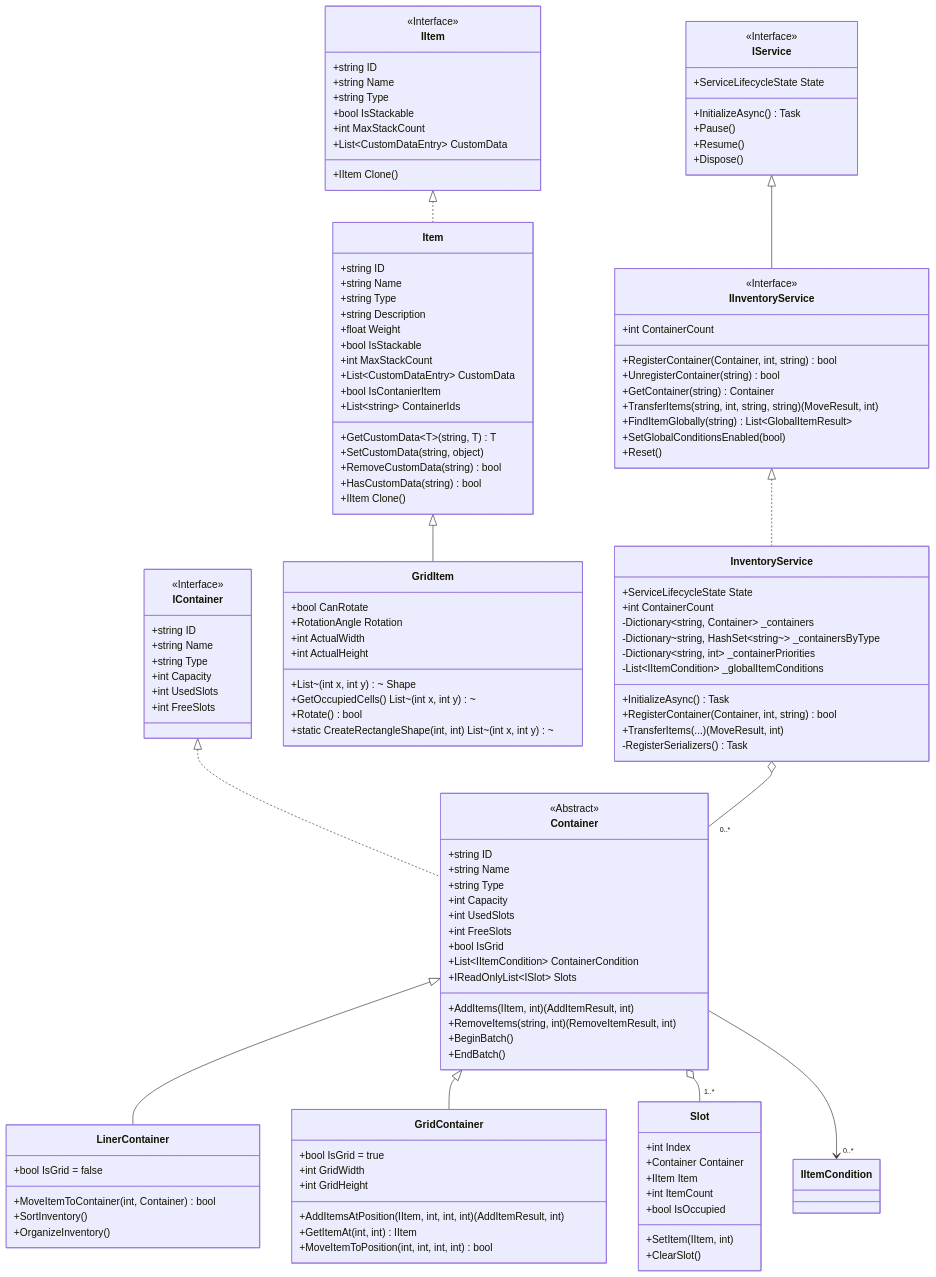
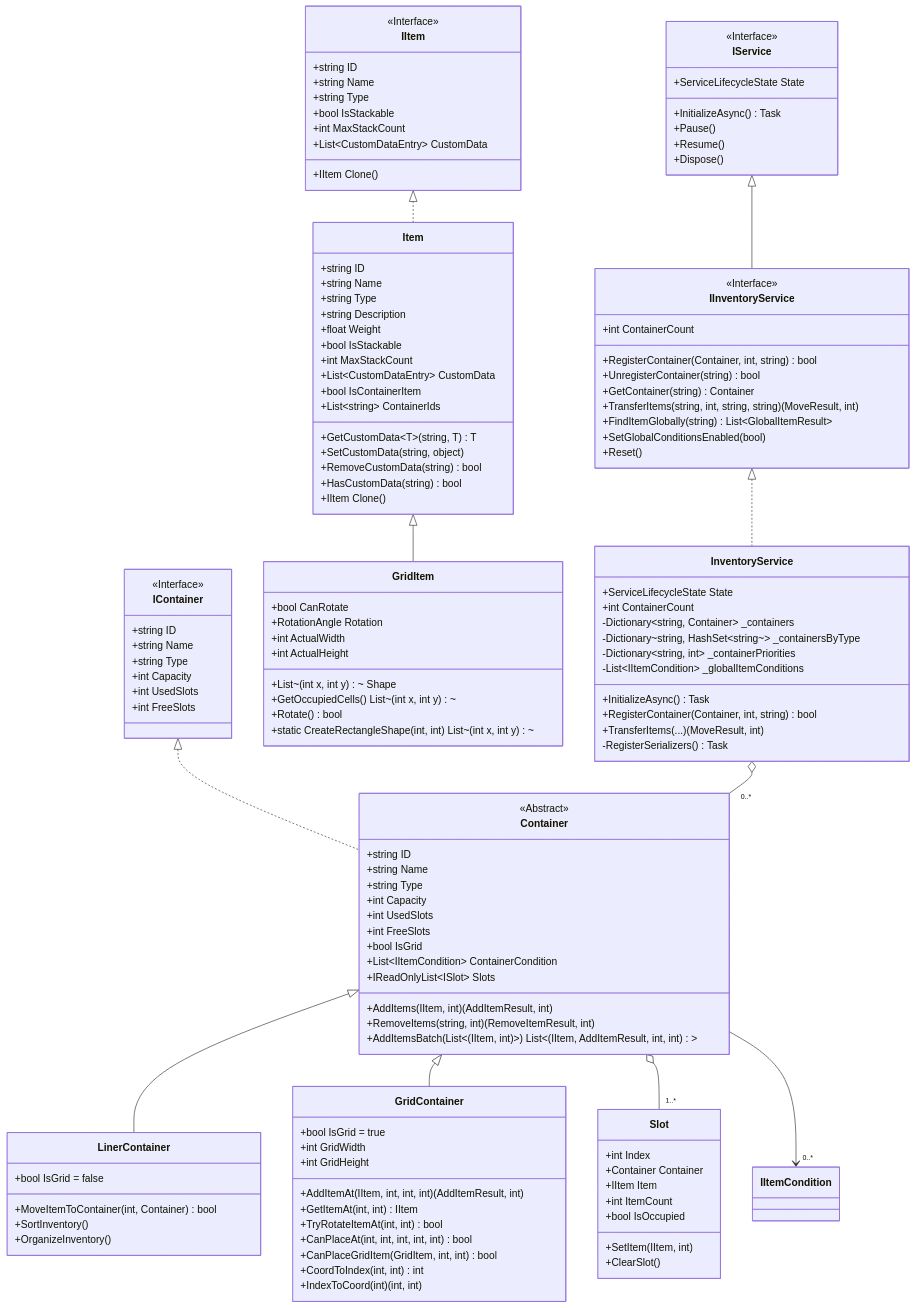
The third of 14 diagrams in 03_CoreSystems/Inventory/Document/Diagrams.md (CutrelyAlex/UnityEasyPack), drawn with Mermaid before and after one commit. The commit also changed other lines of this file and 8 other files, not shown here.

```diff
--- a/03_CoreSystems/Inventory/Document/Diagrams.md
+++ b/03_CoreSystems/Inventory/Document/Diagrams.md
@@ -225,7 +225,7 @@
         +bool IsStackable
         +int MaxStackCount
         +List~CustomDataEntry~ CustomData
-        +bool IsContanierItem
+        +bool IsContainerItem
         +List~string~ ContainerIds
         +GetCustomData~T~(string, T) T
         +SetCustomData(string, object)
@@ -268,8 +268,7 @@
         +IReadOnlyList~ISlot~ Slots
         +AddItems(IItem, int) (AddItemResult, int)
         +RemoveItems(string, int) (RemoveItemResult, int)
-        +BeginBatch()
-        +EndBatch()
+        +AddItemsBatch(List<(IItem, int)>) List<(IItem, AddItemResult, int, int)>
     }
     
     class LinerContainer {
@@ -283,9 +282,13 @@
         +bool IsGrid = true
         +int GridWidth
         +int GridHeight
-        +AddItemsAtPosition(IItem, int, int, int) (AddItemResult, int)
+        +AddItemAt(IItem, int, int, int) (AddItemResult, int)
         +GetItemAt(int, int) IItem
-        +MoveItemToPosition(int, int, int, int) bool
+        +TryRotateItemAt(int, int) bool
+        +CanPlaceAt(int, int, int, int, int) bool
+        +CanPlaceGridItem(GridItem, int, int) bool
+        +CoordToIndex(int, int) int
+        +IndexToCoord(int) (int, int)
     }
     
     class Slot {
```
